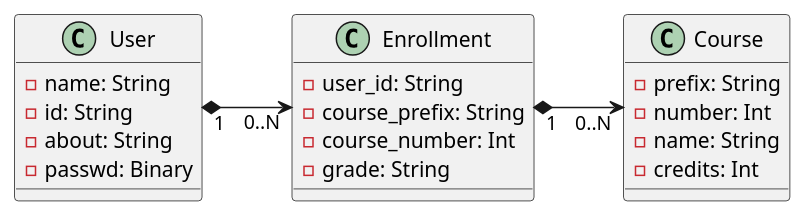
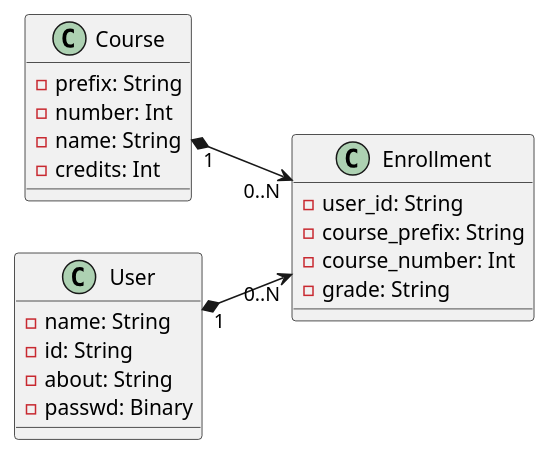
One commit to FrostyBagels/SWD_Proj1 changed the diagram in uml/class.wsd. Above: the diagram before and after it, drawn with PlantUML. The commit also changed 1 other file, not shown here.

Commit message:
updated structure for use_case. edited Enrollment relationship

```diff
--- a/uml/class.wsd
+++ b/uml/class.wsd
@@ -1,29 +1,29 @@
 @startuml class
 left to right direction
 
 class Course {
     - prefix: String
     - number: Int
     - name: String
     - credits: Int
 }
 
 class Enrollment{
     - user_id: String
     - course_prefix: String
     - course_number: Int
     - grade: String
 
 }
 
 class User {
     - name: String
     - id: String
     - about: String
     - passwd: Binary
 }
 
 User "1" *--> "0..N" Enrollment
-Enrollment "1" *--> "0..N" Course
+Course "1" *--> "0..N" Enrollment
 
 @enduml
```
